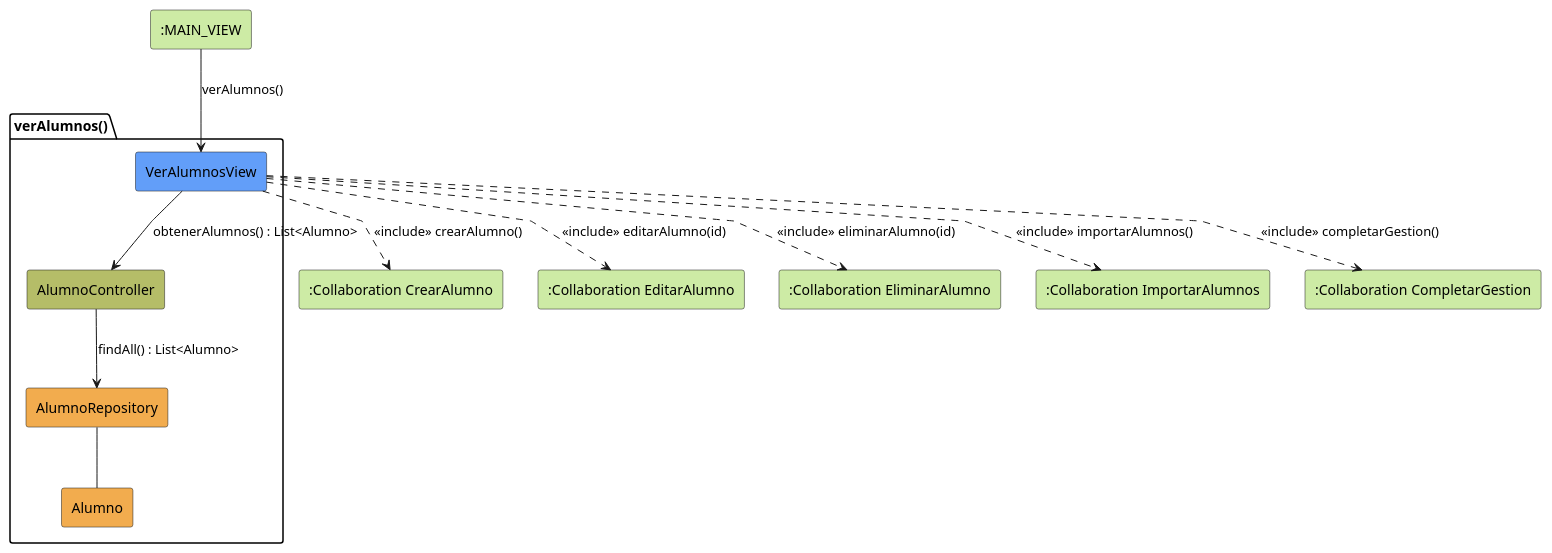
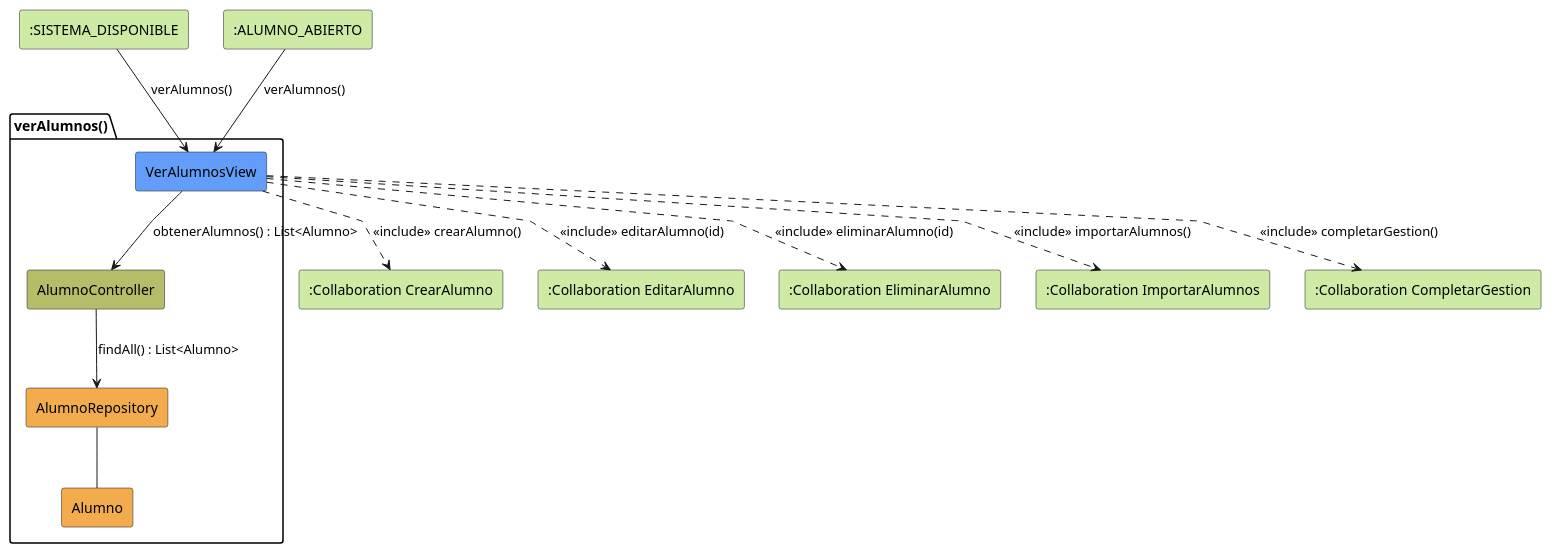
One commit to Pareyor/25-26-idsw2-sdVC changed the diagram in modelosUML/analisis/verAlumnos/colaboracion.puml. Above: the diagram before and after it, drawn with PlantUML. The commit also changed 1 other file, not shown here.

Commit message:
fix: corrige un detalle en verAlumnos

```diff
--- a/modelosUML/analisis/verAlumnos/colaboracion.puml
+++ b/modelosUML/analisis/verAlumnos/colaboracion.puml
@@ -1,32 +1,34 @@
 @startuml verAlumnos-analisis
 skinparam linetype polyline
 
-rectangle #CDEBA5 ":MAIN_VIEW" as MainView
+rectangle #CDEBA5 ":SISTEMA_DISPONIBLE" as SistemaDisponible
+rectangle #CDEBA5 ":ALUMNO_ABIERTO" as AlumnoAbierto
 rectangle #CDEBA5 ":Collaboration CrearAlumno" as CrearAlumno
 rectangle #CDEBA5 ":Collaboration EditarAlumno" as EditarAlumno
 rectangle #CDEBA5 ":Collaboration EliminarAlumno" as EliminarAlumno
 rectangle #CDEBA5 ":Collaboration ImportarAlumnos" as ImportarAlumnos
 rectangle #CDEBA5 ":Collaboration CompletarGestion" as CompletarGestion
 
 package verAlumnos as "verAlumnos()" {
     rectangle #629EF9 VerAlumnosView
     rectangle #b5bd68 AlumnoController
     rectangle #F2AC4E AlumnoRepository
     rectangle #F2AC4E Alumno
 }
 
-MainView --> VerAlumnosView: verAlumnos()
+SistemaDisponible --> VerAlumnosView: verAlumnos()
+AlumnoAbierto --> VerAlumnosView: verAlumnos()
 
 VerAlumnosView -d-> AlumnoController: obtenerAlumnos() : List<Alumno>
 
 AlumnoController --> AlumnoRepository: findAll() : List<Alumno>
 
 AlumnoRepository -- Alumno
 
 VerAlumnosView ..> CrearAlumno: <<include>> crearAlumno()
 VerAlumnosView ..> EditarAlumno: <<include>> editarAlumno(id)
 VerAlumnosView ..> EliminarAlumno: <<include>> eliminarAlumno(id)
 VerAlumnosView ..> ImportarAlumnos: <<include>> importarAlumnos()
 VerAlumnosView ..> CompletarGestion: <<include>> completarGestion()
 
 @enduml
```
